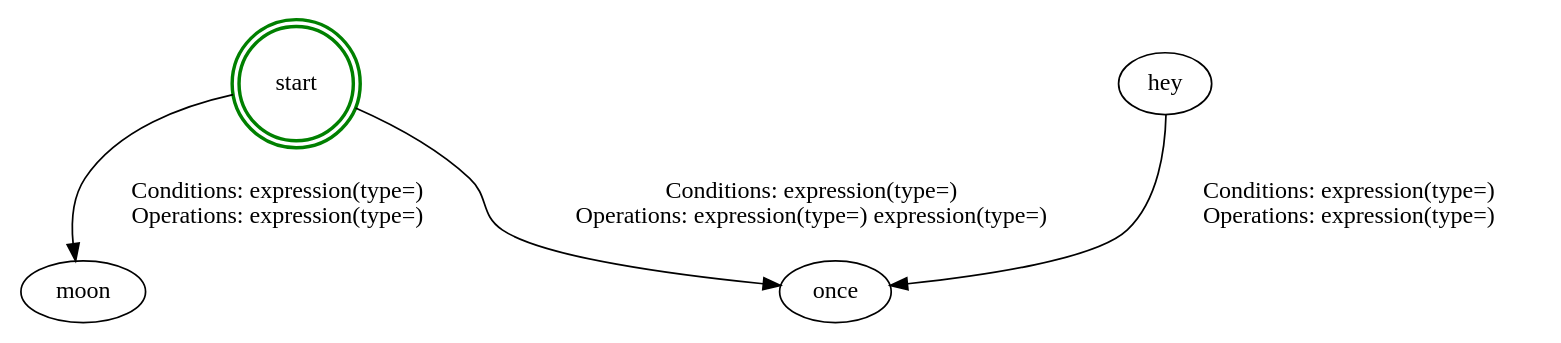
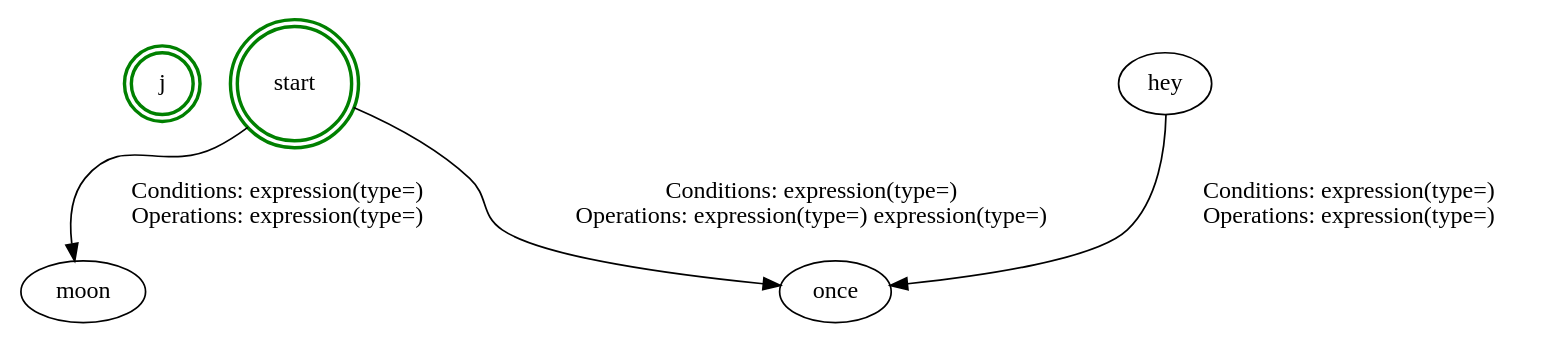
Before and after one commit to LiyuZer/Automa: the diagram in graph_sruct.dot, drawn with Graphviz. The commit also changed 22 other files, not shown here.

```diff
--- a/graph_sruct.dot
+++ b/graph_sruct.dot
@@ -1,6 +1,7 @@
 digraph G {
+    "j" [shape=doublecircle, color=green, style=bold];
     "start" [shape=doublecircle, color=green, style=bold];
     "hey" -> "once" [label="Conditions: expression(type=) \nOperations: expression(type=) "];
     "start" -> "once" [label="Conditions: expression(type=) \nOperations: expression(type=) expression(type=) "];
     "start" -> "moon" [label="Conditions: expression(type=) \nOperations: expression(type=) "];
 }
```
